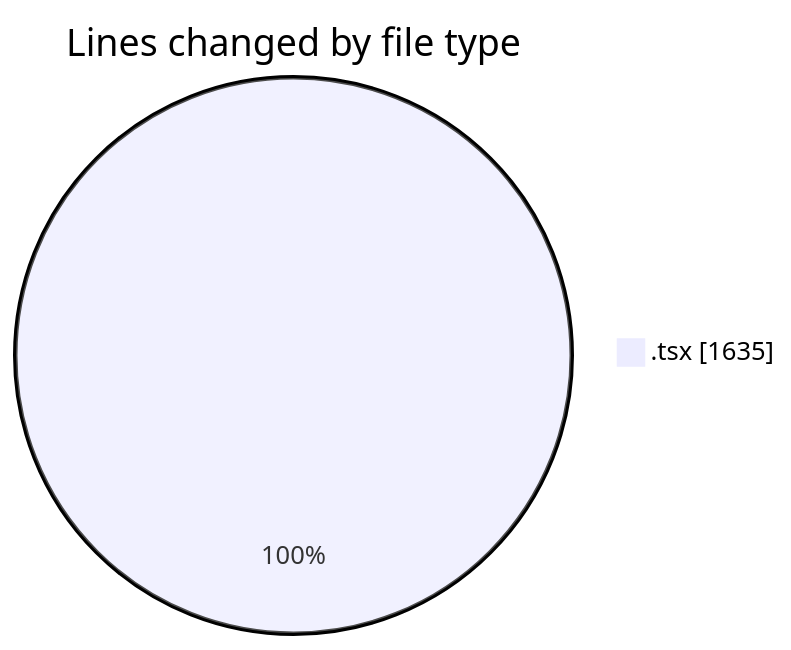
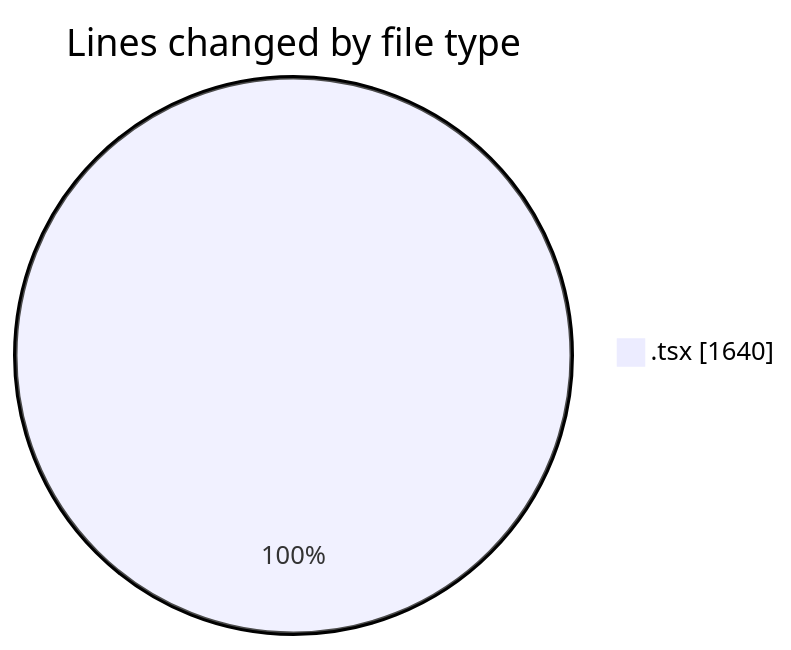
Before and after one commit to momahboobian/code-tracking: the first of 2 diagrams in 2025-10-03/cda/README.md, drawn with Mermaid. The commit also changed other lines of this file and 1 other file, not shown here.

````diff
--- a/2025-10-03/cda/README.md
+++ b/2025-10-03/cda/README.md
@@ -23,5 +23,5 @@
 ```mermaid
 pie showData
 title Lines changed by file type
-".tsx" : 1635
+".tsx" : 1640
 ```
````
